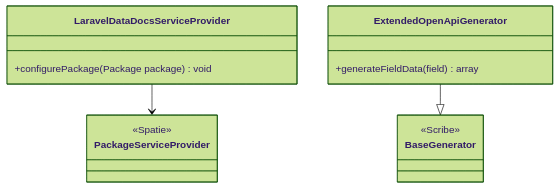
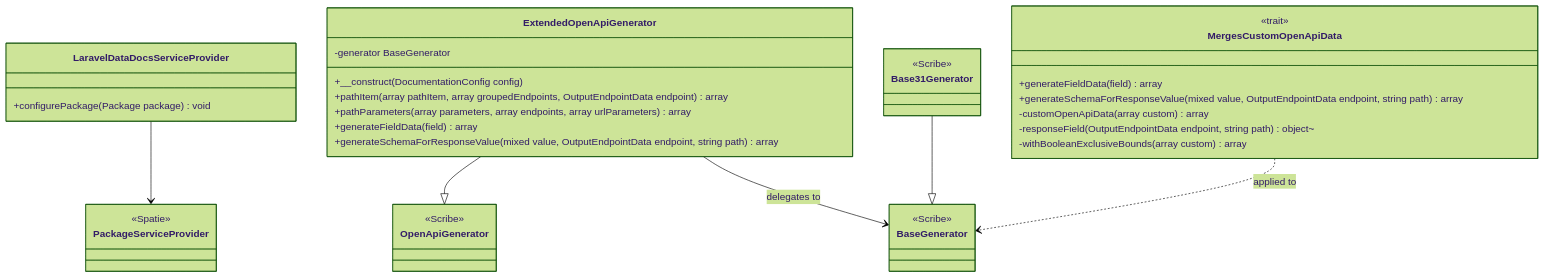
One commit to abrhadev/laravel-data-docs changed the diagram in spdd/prompt/LDD-202608281600-[Canvas]-api-package-openapi-glue.md. Above: the diagram before and after it, drawn with Mermaid (forest theme). The commit also changed other lines of this file and 27 other files, not shown here.

First line of the commit message:
feat(api)!: publish the OpenAPI document as Scribe and Laravel Data shape it

````diff
--- a/spdd/prompt/LDD-202608281600-[Canvas]-api-package-openapi-glue.md
+++ b/spdd/prompt/LDD-202608281600-[Canvas]-api-package-openapi-glue.md
@@ -14,21 +14,46 @@
 ```mermaid
 classDiagram
     class LaravelDataDocsServiceProvider {
         +configurePackage(Package package) void
     }
 
     class ExtendedOpenApiGenerator {
+        -generator BaseGenerator
+        +__construct(DocumentationConfig config)
+        +pathItem(array pathItem, array groupedEndpoints, OutputEndpointData endpoint) array
+        +pathParameters(array parameters, array endpoints, array urlParameters) array
         +generateFieldData(field) array
+        +generateSchemaForResponseValue(mixed value, OutputEndpointData endpoint, string path) array
+    }
+
+    class MergesCustomOpenApiData {
+        <<trait>>
+        +generateFieldData(field) array
+        +generateSchemaForResponseValue(mixed value, OutputEndpointData endpoint, string path) array
+        -customOpenApiData(array custom) array
+        -responseField(OutputEndpointData endpoint, string path) object~
+        -withBooleanExclusiveBounds(array custom) array
+    }
+
+    class OpenApiGenerator {
+        <<Scribe>>
     }
 
     class PackageServiceProvider {
         <<Spatie>>
     }
 
     class BaseGenerator {
         <<Scribe>>
     }
 
+    class Base31Generator {
+        <<Scribe>>
+    }
+
     LaravelDataDocsServiceProvider --> PackageServiceProvider
-    ExtendedOpenApiGenerator --|> BaseGenerator
+    ExtendedOpenApiGenerator --|> OpenApiGenerator
+    ExtendedOpenApiGenerator --> BaseGenerator : delegates to
+    Base31Generator --|> BaseGenerator
+    MergesCustomOpenApiData ..> BaseGenerator : applied to
 ```
````
